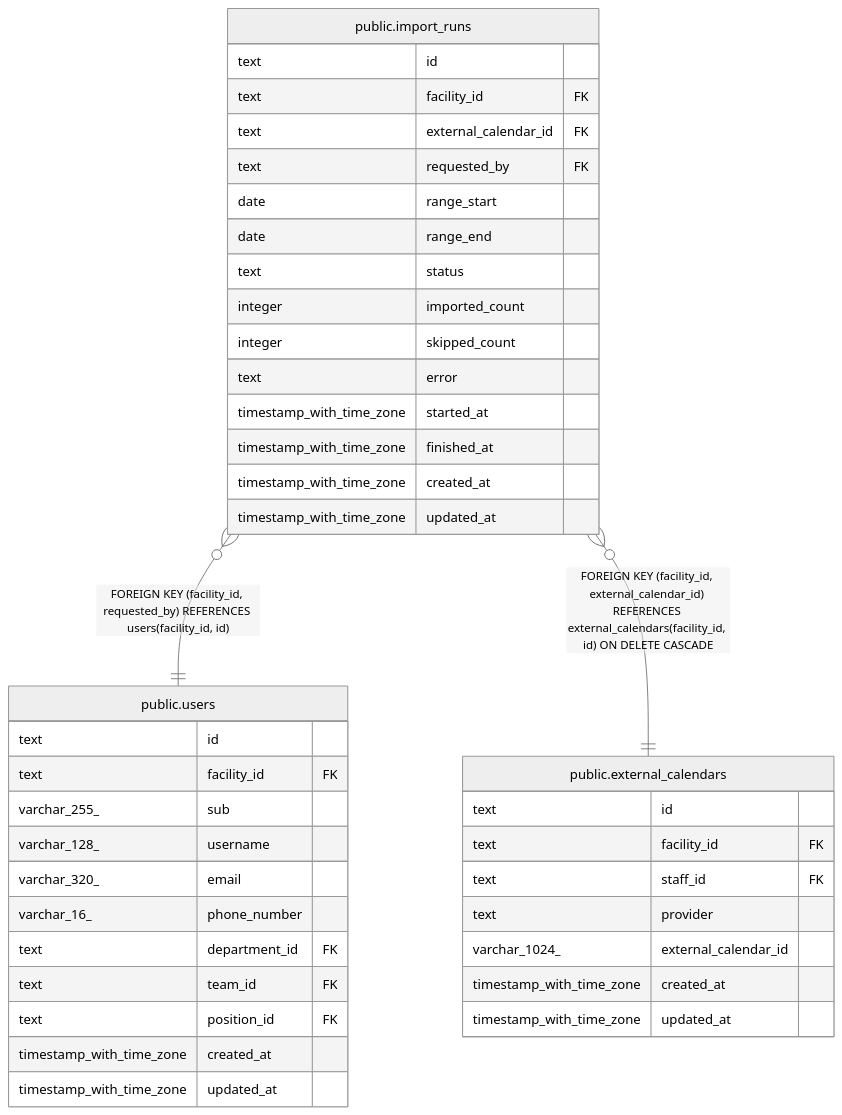
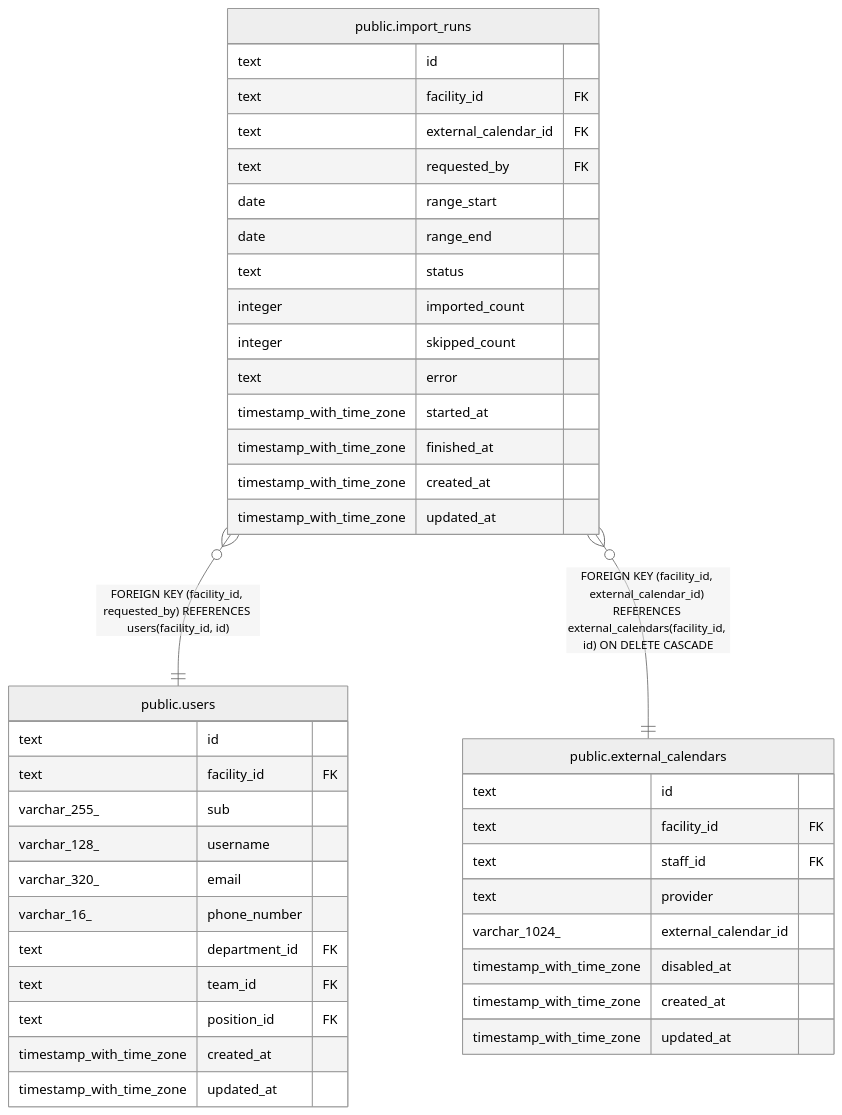
The diagram in docs/db/schedule-api/public.import_runs.md (Fukuemon/buddy), drawn with Mermaid (neutral theme) before and after one commit. The commit also changed 11 other files, not shown here.

````diff
--- a/docs/db/schedule-api/public.import_runs.md
+++ b/docs/db/schedule-api/public.import_runs.md
@@ -73,45 +73,46 @@
 ```mermaid
 erDiagram
 
 "public.import_runs" }o--|| "public.users" : "FOREIGN KEY (facility_id, requested_by) REFERENCES users(facility_id, id)"
 "public.import_runs" }o--|| "public.external_calendars" : "FOREIGN KEY (facility_id, external_calendar_id) REFERENCES external_calendars(facility_id, id) ON DELETE CASCADE"
 
 "public.import_runs" {
   text id
   text facility_id FK
   text external_calendar_id FK
   text requested_by FK
   date range_start
   date range_end
   text status
   integer imported_count
   integer skipped_count
   text error
   timestamp_with_time_zone started_at
   timestamp_with_time_zone finished_at
   timestamp_with_time_zone created_at
   timestamp_with_time_zone updated_at
 }
 "public.users" {
   text id
   text facility_id FK
   varchar_255_ sub
   varchar_128_ username
   varchar_320_ email
   varchar_16_ phone_number
   text department_id FK
   text team_id FK
   text position_id FK
   timestamp_with_time_zone created_at
   timestamp_with_time_zone updated_at
 }
 "public.external_calendars" {
   text id
   text facility_id FK
   text staff_id FK
   text provider
   varchar_1024_ external_calendar_id
+  timestamp_with_time_zone disabled_at
   timestamp_with_time_zone created_at
   timestamp_with_time_zone updated_at
 }
 ```
````
